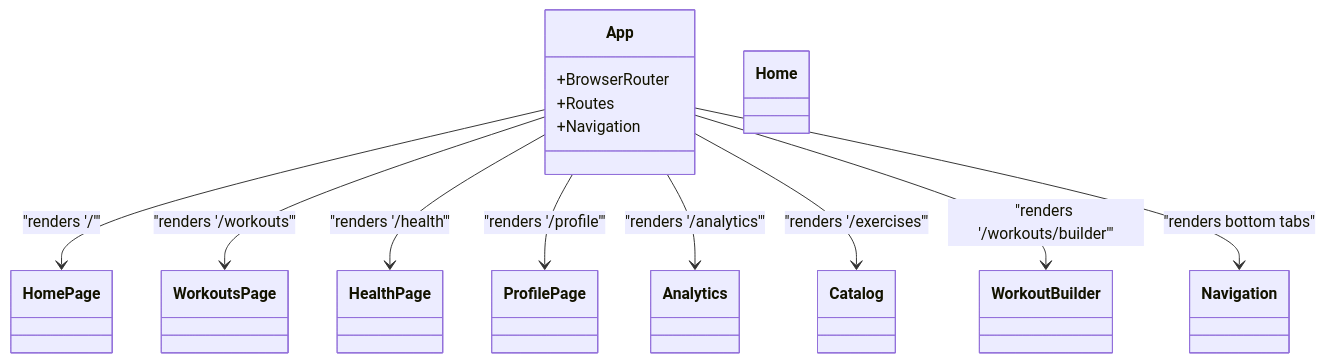
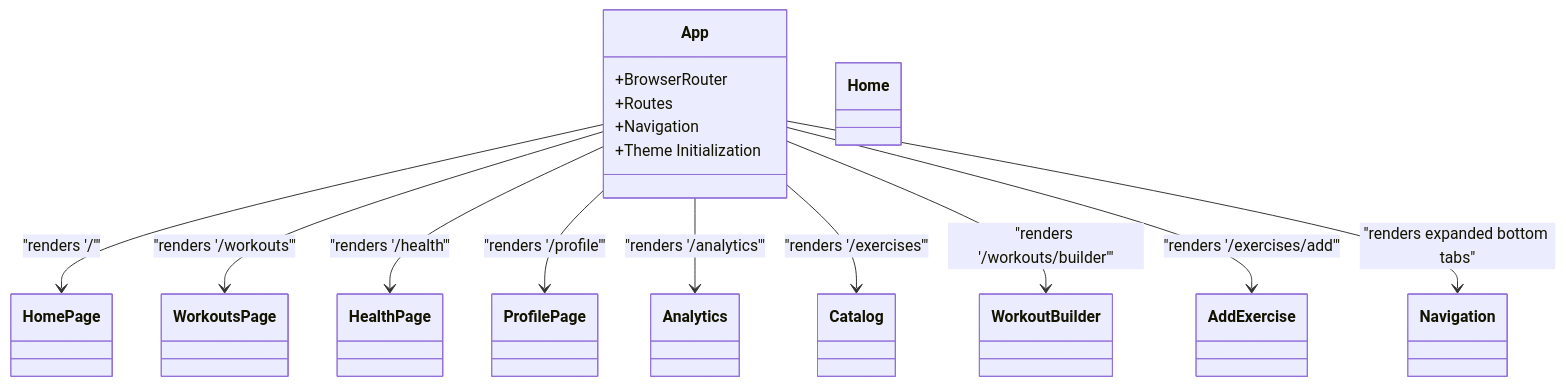
Before and after one commit to nilsnavi/fit_trackerpro: the fifth of 6 diagrams in .qoder/repowiki/en/content/Frontend Component Architecture/Application Structure & Routing.md, drawn with Mermaid. The commit also changed other lines of this file and 19 other files, not shown here.

````diff
--- a/.qoder/repowiki/en/content/Frontend Component Architecture/Application Structure & Routing.md
+++ b/.qoder/repowiki/en/content/Frontend Component Architecture/Application Structure & Routing.md
@@ -254,25 +293,28 @@
 ```mermaid
 classDiagram
 class App {
 +BrowserRouter
 +Routes
 +Navigation
++Theme Initialization
 }
 class HomePage
 class Home
 class WorkoutsPage
 class HealthPage
 class ProfilePage
 class Analytics
 class Catalog
 class WorkoutBuilder
+class AddExercise
 class Navigation
 App --> HomePage : "renders '/'"
 App --> WorkoutsPage : "renders '/workouts'"
 App --> HealthPage : "renders '/health'"
 App --> ProfilePage : "renders '/profile'"
 App --> Analytics : "renders '/analytics'"
 App --> Catalog : "renders '/exercises'"
 App --> WorkoutBuilder : "renders '/workouts/builder'"
-App --> Navigation : "renders bottom tabs"
+App --> AddExercise : "renders '/exercises/add'"
+App --> Navigation : "renders expanded bottom tabs"
 ```
````
